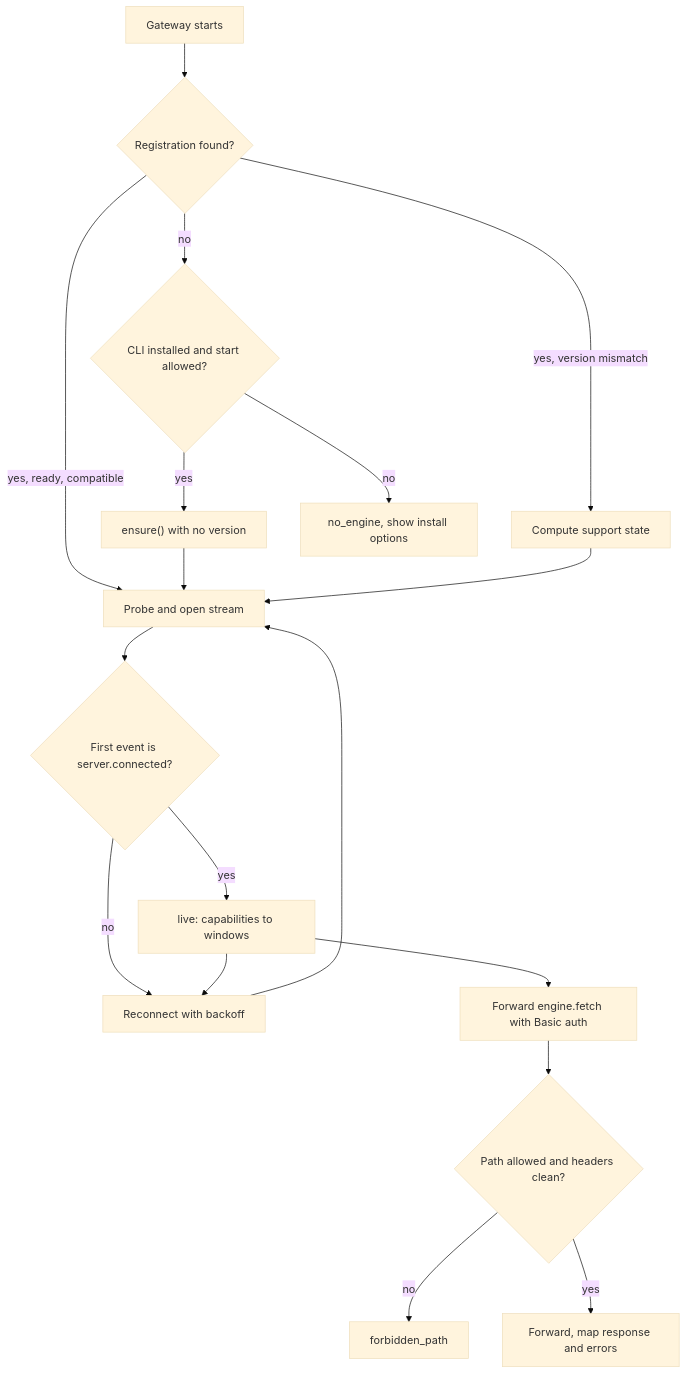
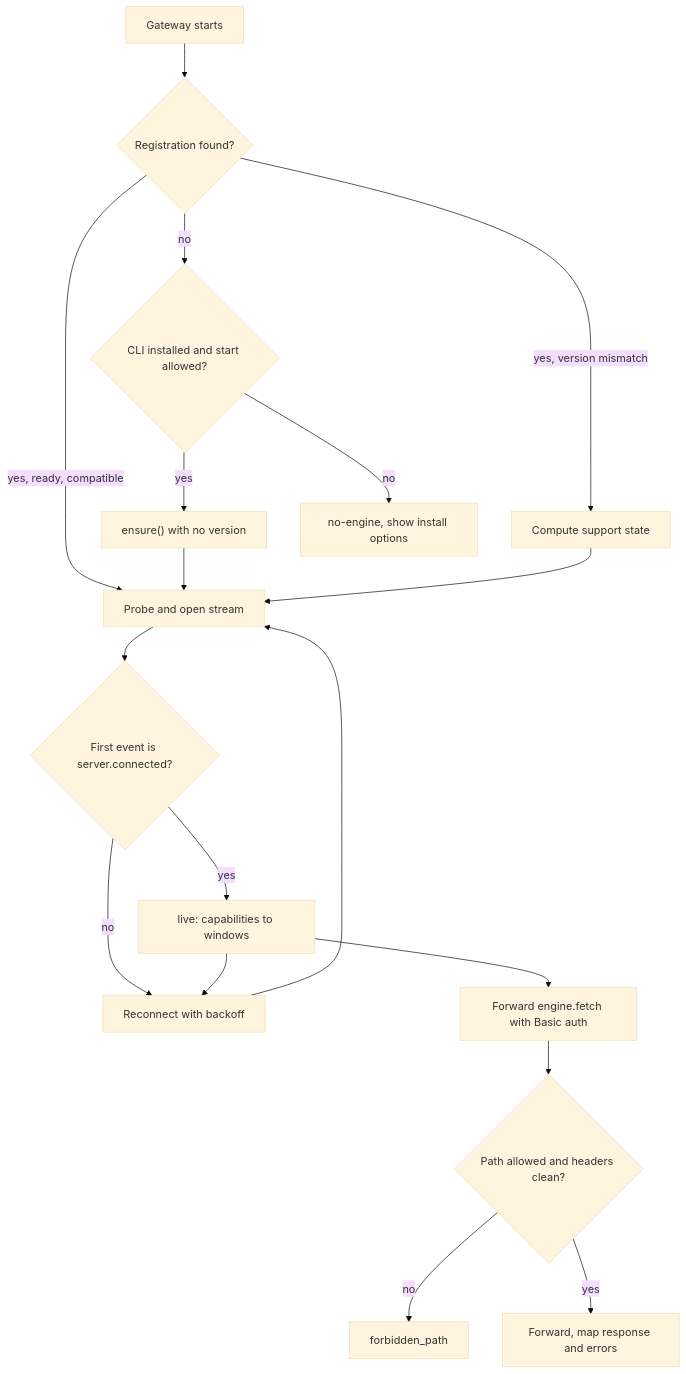
Before and after one commit to P4rthPat3l/mortise: the second of 6 diagrams in docs/features/FEAT-001-engine-gateway.md, drawn with Mermaid (base theme). The commit also changed other lines of this file and 1 other file, not shown here.

````diff
--- a/docs/features/FEAT-001-engine-gateway.md
+++ b/docs/features/FEAT-001-engine-gateway.md
@@ -207,20 +207,20 @@
 ```mermaid
 flowchart TD
     A["Gateway starts"] --> B{"Registration found?"}
     B -- "yes, ready, compatible" --> D["Probe and open stream"]
     B -- "yes, version mismatch" --> V["Compute support state"]
     B -- "no" --> C{"CLI installed and start allowed?"}
     C -- "yes" --> E["ensure() with no version"]
-    C -- "no" --> N["no_engine, show install options"]
+    C -- "no" --> N["no-engine, show install options"]
     E --> D
     V --> D
     D --> F{"First event is server.connected?"}
     F -- "no" --> R["Reconnect with backoff"]
     F -- "yes" --> G["live: capabilities to windows"]
     G --> H["Forward engine.fetch with Basic auth"]
     H --> I{"Path allowed and headers clean?"}
     I -- "no" --> J["forbidden_path"]
     I -- "yes" --> K["Forward, map response and errors"]
     G --> R
     R --> D
 ```
````
